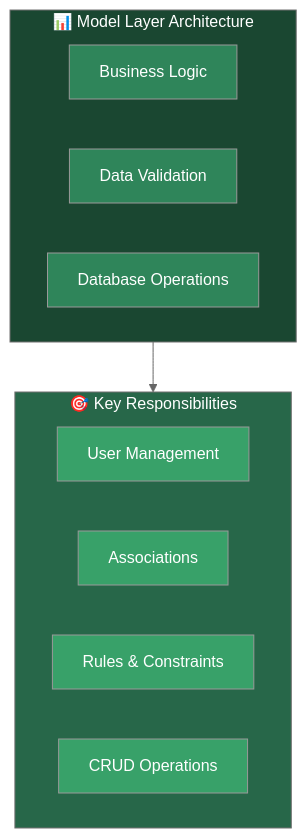
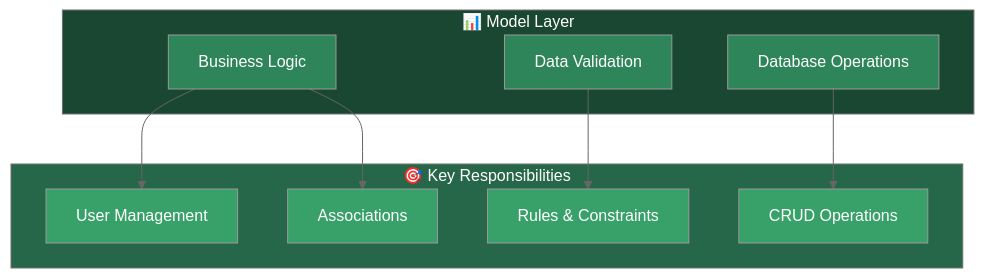
Before and after one commit to abhayraj-ops/Cake-Learn: the second of 6 diagrams in docs/01-cakephp-at-a-glance.md, drawn with Mermaid (neutral theme). The commit also changed other lines of this file, not shown here.

First line of the commit message:
Fix Model and View Layer diagrams - restore tree hierarchy

````diff
--- a/docs/01-cakephp-at-a-glance.md
+++ b/docs/01-cakephp-at-a-glance.md
@@ -114,27 +114,30 @@
 ```mermaid
 flowchart TD
-    subgraph ModelLayer["📊 Model Layer Architecture"]
+    subgraph ModelLayer["📊 Model Layer"]
         A["Business Logic"]
         B["Data Validation"]
         C["Database Operations"]
     end
 
     subgraph Responsibilities["🎯 Key Responsibilities"]
         E["User Management"]
         F["Associations"]
         G["Rules & Constraints"]
         H["CRUD Operations"]
     end
 
-    ModelLayer --> Responsibilities
+    A --> E
+    A --> F
+    B --> G
+    C --> H
 
     style ModelLayer fill:#1a4731,color:#fff
     style Responsibilities fill:#276749,color:#fff
     style A fill:#2f855a,color:#fff
     style B fill:#2f855a,color:#fff
     style C fill:#2f855a,color:#fff
     style E fill:#38a169,color:#fff
     style F fill:#38a169,color:#fff
     style G fill:#38a169,color:#fff
     style H fill:#38a169,color:#fff
 ```
````
